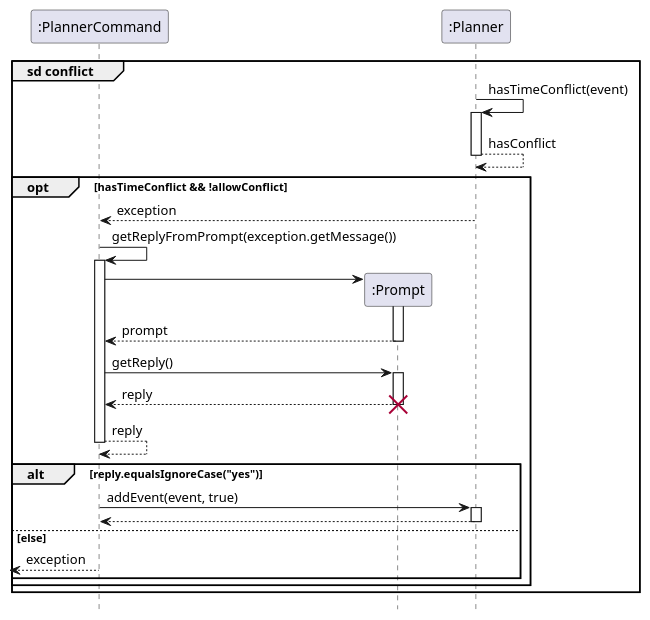
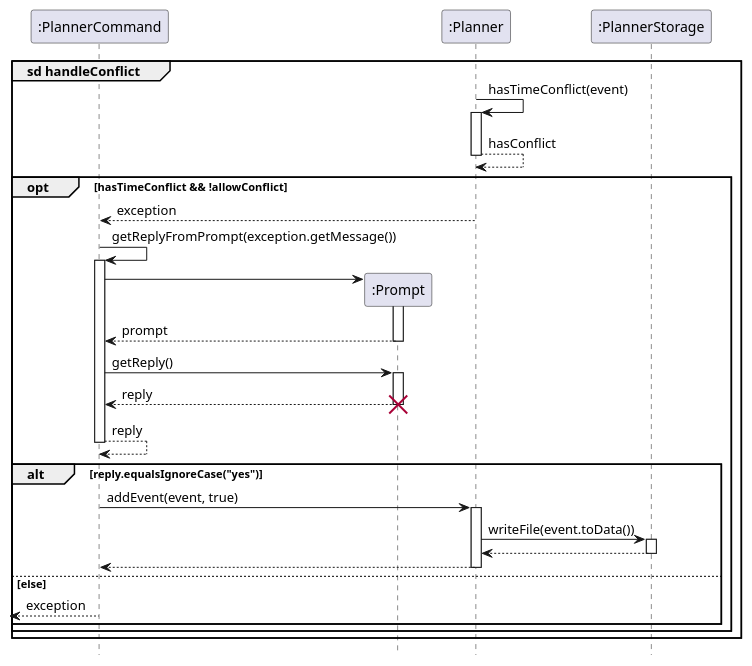
Before and after one commit to shyamgj1900/tp: the diagram in docs/assets/plantuml/PlannerAddSequenceDiagram2.puml, drawn with PlantUML. The commit also changed 1 other file, not shown here.

Commit message:
Fix bugs in planner add sequence diagrams

```diff
--- a/docs/assets/plantuml/PlannerAddSequenceDiagram2.puml
+++ b/docs/assets/plantuml/PlannerAddSequenceDiagram2.puml
@@ -1,59 +1,66 @@
 @startuml
 'https://plantuml.com/sequence-diagram
 
 hide footbox
 
 participant ":PlannerCommand" as plc
 participant ":Prompt" as prompt
 participant ":Planner" as planner
+participant ":PlannerStorage" as pls
 
-group sd conflict
+group sd handleConflict
 
 planner -> planner : hasTimeConflict(event)
 activate planner
 
 planner --> planner : hasConflict
 deactivate planner
 
 opt hasTimeConflict && !allowConflict
 
 planner --> plc : exception
 
 plc -> plc : getReplyFromPrompt(exception.getMessage())
 activate plc
 
 create prompt
 plc -> prompt
 activate prompt
 
 prompt --> plc : prompt
 deactivate prompt
 
 plc -> prompt : getReply()
 activate prompt
 
 prompt --> plc : reply
 deactivate prompt
 
 destroy prompt
 
 plc --> plc : reply
 deactivate plc
 
 alt reply.equalsIgnoreCase("yes")
 
 plc -> planner : addEvent(event, true)
 activate planner
 
+planner -> pls : writeFile(event.toData())
+activate pls
+
+pls --> planner
+deactivate pls
+
 planner --> plc
 deactivate planner
 
 else else
 
 plc-->[ : exception
 
 end
 end
 end
 
 @enduml
```
